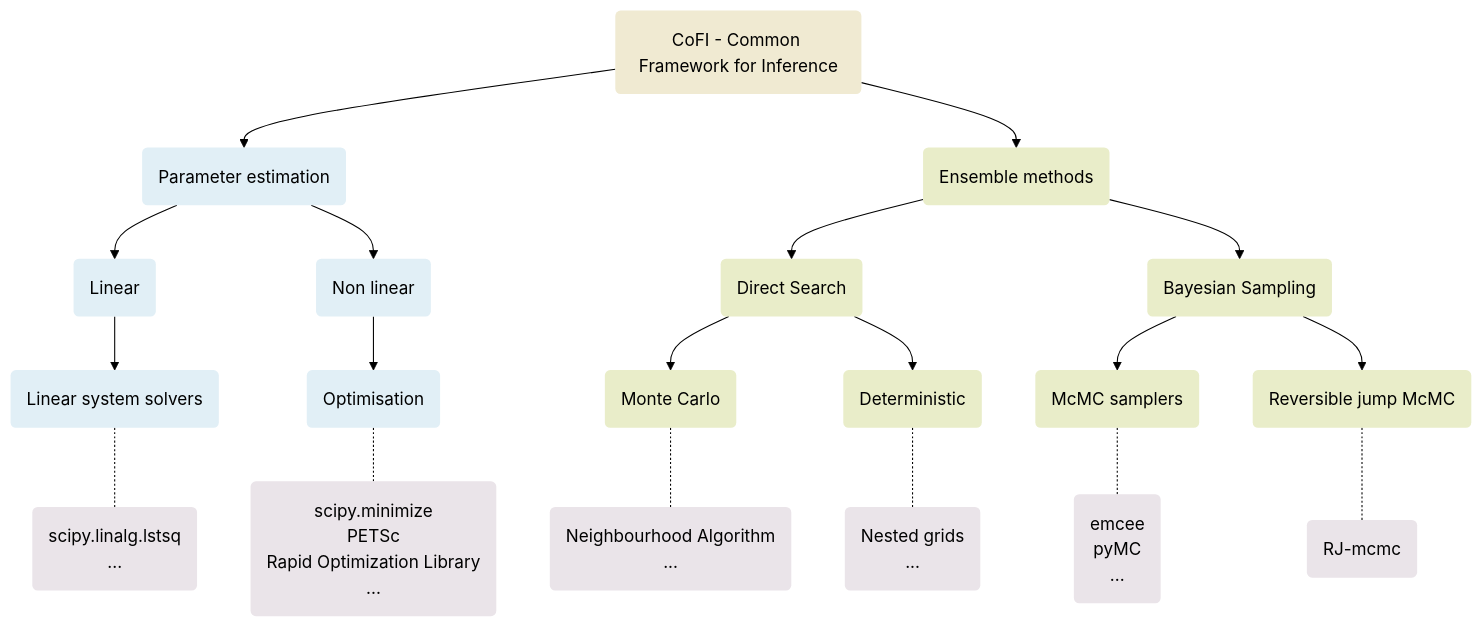
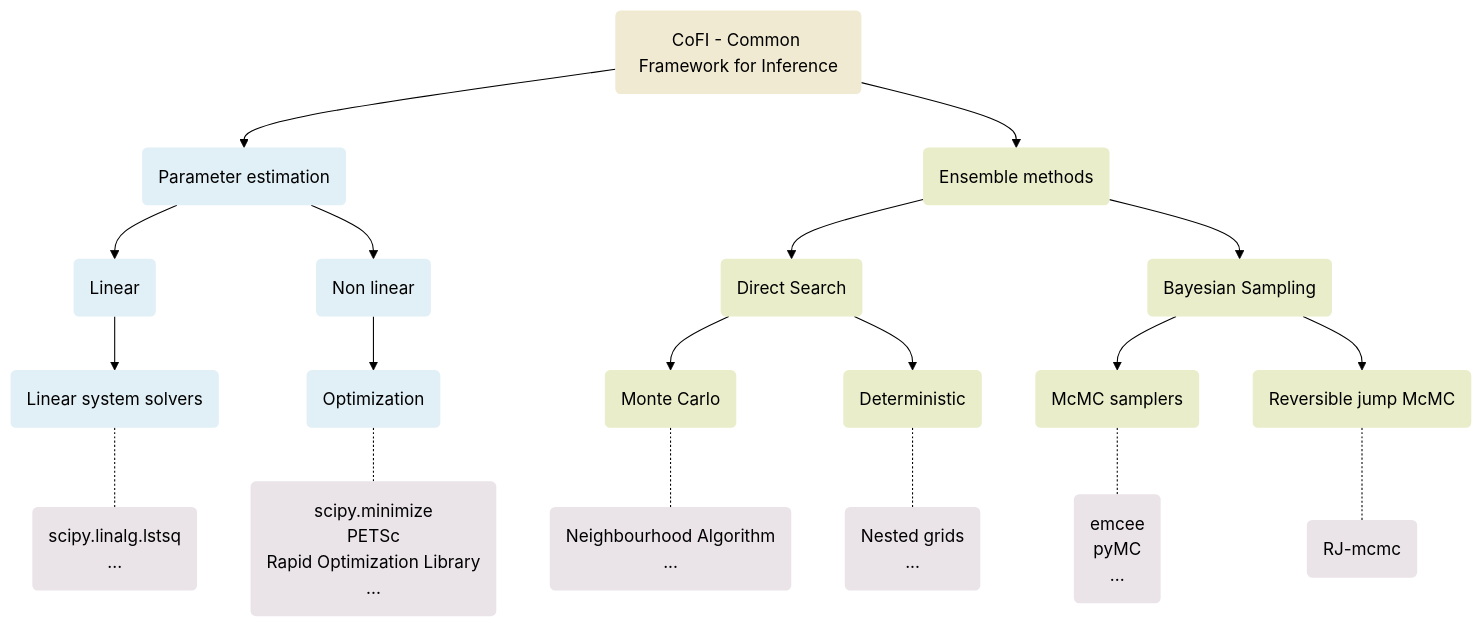
The diagram in docs/index.rst (inlab-geo/cofi), drawn with Mermaid (forest theme) before and after one commit. The commit also changed 15 other files, not shown here.

```diff
--- a/docs/index.rst
+++ b/docs/index.rst
@@ -24,47 +24,47 @@
 .. mermaid::
 
     graph TD;
         cofi(CoFI - Common Framework for Inference):::cls_cofi;
         parameter_estimation(Parameter estimation):::cls_parameter_estimation;
         linear(Linear):::cls_parameter_estimation;
         non_linear(Non linear):::cls_parameter_estimation;
         linear_system_solvers(Linear system solvers):::cls_parameter_estimation;
         linear_solverlist(scipy.linalg.lstsq <br> ...):::cls_solvers;
-        optimisation(Optimisation):::cls_parameter_estimation;
+        optimization(Optimization):::cls_parameter_estimation;
         opt_solverlist(scipy.minimize <br> PETSc <br> Rapid Optimization Library<br>...):::cls_solvers;
         ensemble_methods(Ensemble methods):::cls_ensemble_methods;
         direct_search(Direct Search):::cls_ensemble_methods;
         amc(Monte Carlo):::cls_ensemble_methods;
         amc_solverlist(Neighbourhood Algorithm <br> ...):::cls_solvers;
         ng(Deterministic):::cls_ensemble_methods;
         ng_solverlist(Nested grids <br> ...):::cls_solvers;
         bs(Bayesian Sampling):::cls_ensemble_methods;
         mcmc(McMC samplers):::cls_ensemble_methods;
         mcmc_solverlist(emcee <br> pyMC <br> ...):::cls_solvers;
         rjmcmc(Reversible jump McMC):::cls_ensemble_methods;
         rjmcmc_solverlist(RJ-mcmc):::cls_solvers;
 
         cofi --> parameter_estimation;
         parameter_estimation --> linear;
         linear --> linear_system_solvers;
         linear_system_solvers -.- linear_solverlist;
         parameter_estimation --> non_linear;
-        non_linear --> optimisation;
-        optimisation -.- opt_solverlist;
+        non_linear --> optimization;
+        optimization -.- opt_solverlist;
 
         cofi --> ensemble_methods;
         ensemble_methods --> direct_search;
         direct_search --> amc;
         amc -.- amc_solverlist;
         direct_search --> ng;
         ng -.- ng_solverlist;
         ensemble_methods --> bs;  
         bs --> mcmc;
         mcmc -.- mcmc_solverlist;
         bs --> rjmcmc;
         rjmcmc -.- rjmcmc_solverlist;
 
     classDef cls_cofi fill:#f0ead2, stroke-width:0;
     classDef cls_parameter_estimation fill:#e1eff6, stroke-width:0;
     classDef cls_ensemble_methods fill:#e9edc9, stroke-width:0;
     classDef cls_solvers fill:#eae4e9, stroke-width:0;
```
